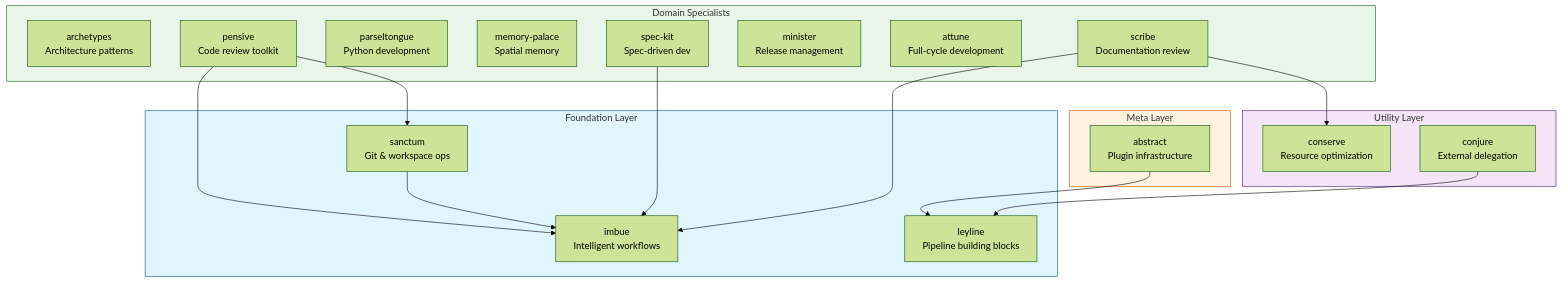
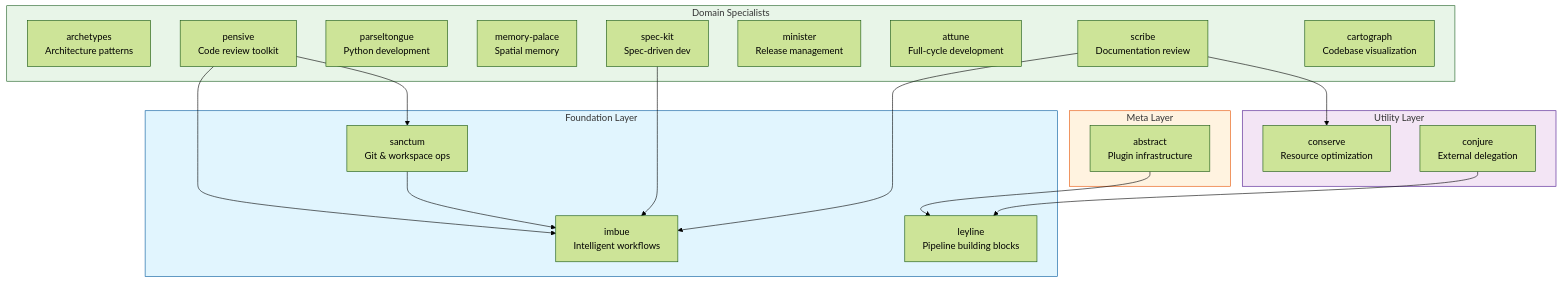
Before and after one commit to athola/claude-night-market: the diagram in book/src/plugins/README.md, drawn with Mermaid (forest theme). The commit also changed other lines of this file and 161 other files, not shown here.

````diff
--- a/book/src/plugins/README.md
+++ b/book/src/plugins/README.md
@@ -8,42 +8,43 @@
 ```mermaid
 graph TB
     subgraph Meta[Meta Layer]
         abstract[abstract<br/>Plugin infrastructure]
     end
 
     subgraph Foundation[Foundation Layer]
         imbue[imbue<br/>Intelligent workflows]
         sanctum[sanctum<br/>Git & workspace ops]
         leyline[leyline<br/>Pipeline building blocks]
     end
 
     subgraph Utility[Utility Layer]
         conserve[conserve<br/>Resource optimization]
         conjure[conjure<br/>External delegation]
     end
 
     subgraph Domain[Domain Specialists]
         archetypes[archetypes<br/>Architecture patterns]
         pensive[pensive<br/>Code review toolkit]
         parseltongue[parseltongue<br/>Python development]
         memory_palace[memory-palace<br/>Spatial memory]
         spec_kit[spec-kit<br/>Spec-driven dev]
         minister[minister<br/>Release management]
         attune[attune<br/>Full-cycle development]
         scribe[scribe<br/>Documentation review]
+        cartograph[cartograph<br/>Codebase visualization]
     end
 
     abstract --> leyline
     pensive --> imbue
     pensive --> sanctum
     sanctum --> imbue
     conjure --> leyline
     spec_kit --> imbue
     scribe --> imbue
     scribe --> conserve
 
     style Meta fill:#fff3e0,stroke:#e65100
     style Foundation fill:#e1f5fe,stroke:#01579b
     style Utility fill:#f3e5f5,stroke:#4a148c
     style Domain fill:#e8f5e8,stroke:#1b5e20
 ```
````
